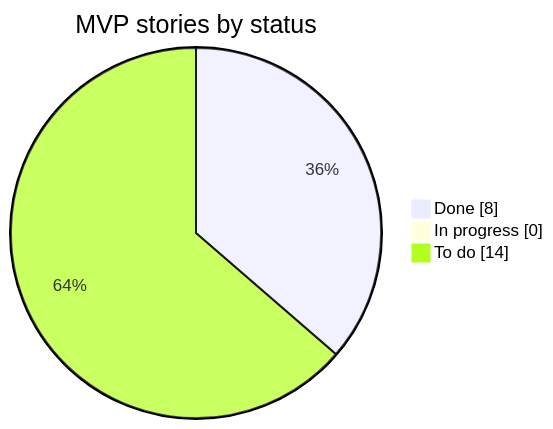
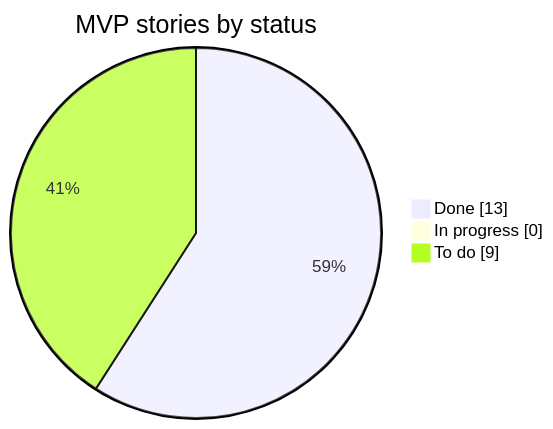
One commit to gabriel-bolbotina/Simplr changed the third of 3 diagrams in docs/04-roadmap.md. Above: the diagram before and after it, drawn with Mermaid. The commit also changed 10 other files, not shown here.

````diff
--- a/docs/04-roadmap.md
+++ b/docs/04-roadmap.md
@@ -59,7 +59,7 @@
 ```mermaid
 pie showData
     title MVP stories by status
-    "Done" : 8
+    "Done" : 13
     "In progress" : 0
-    "To do" : 14
+    "To do" : 9
 ```
````
